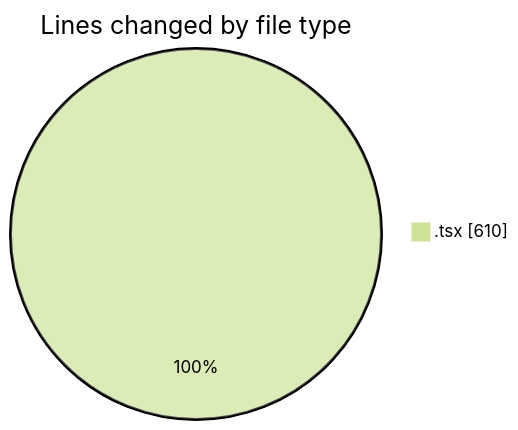
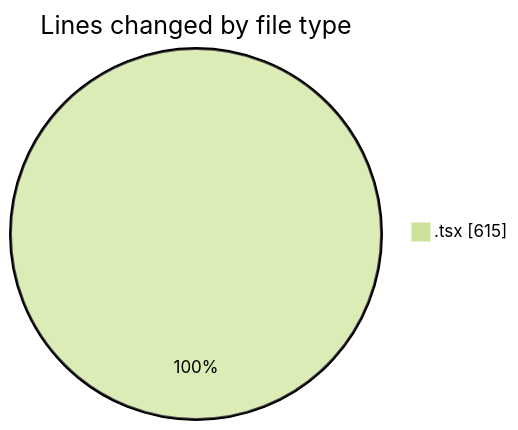
The first of 2 diagrams in 2025-05-29/kimberly-groups/README.md (JenPaints/code-tracking), drawn with Mermaid (forest theme) before and after one commit. The commit also changed other lines of this file and 1 other file, not shown here.

````diff
--- a/2025-05-29/kimberly-groups/README.md
+++ b/2025-05-29/kimberly-groups/README.md
@@ -20,5 +20,5 @@
 ```mermaid
 pie showData
 title Lines changed by file type
-".tsx" : 610
+".tsx" : 615
 ```
````
